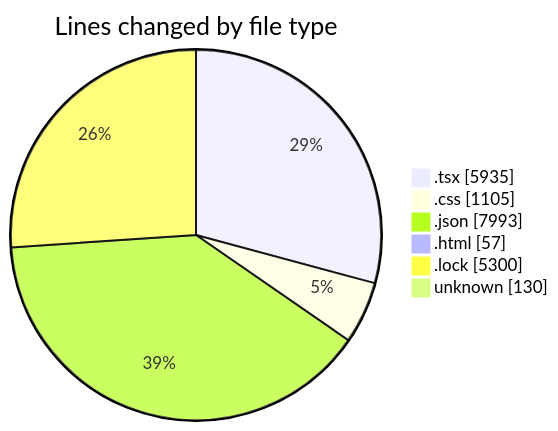
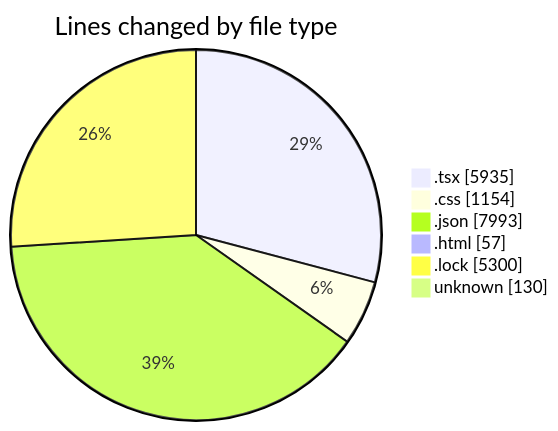
One commit to EIIisD/code-tracking changed the first of 2 diagrams in 2025-08-12/ribbon/README.md. Above: the diagram before and after it, drawn with Mermaid. The commit also changed other lines of this file and 1 other file, not shown here.

````diff
--- a/2025-08-12/ribbon/README.md
+++ b/2025-08-12/ribbon/README.md
@@ -45,10 +45,10 @@
 ```mermaid
 pie showData
 title Lines changed by file type
 ".tsx" : 5935
-".css" : 1105
+".css" : 1154
 ".json" : 7993
 ".html" : 57
 ".lock" : 5300
 "unknown" : 130
 ```
````
